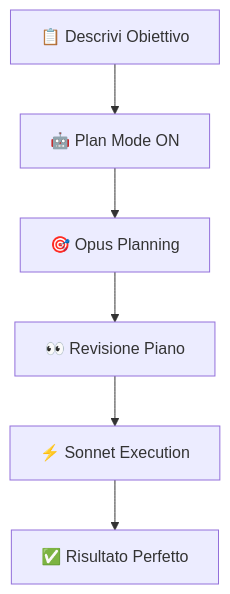
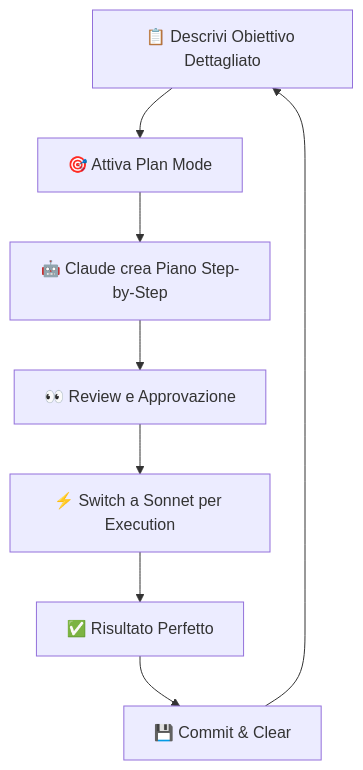
Before and after one commit to freshgr4m/claude-code-trucchi-nascosti: the first of 5 diagrams in README.md, drawn with Mermaid. The commit also changed other lines of this file, not shown here.

````diff
--- a/README.md
+++ b/README.md
@@ -155,8 +339,10 @@
 ```mermaid
 graph TD
-    A[📋 Descrivi Obiettivo] --> B[🤖 Plan Mode ON]
-    B --> C[🎯 Opus Planning]
-    C --> D[👀 Revisione Piano]
-    D --> E[⚡ Sonnet Execution]
+    A[📋 Descrivi Obiettivo Dettagliato] --> B[🎯 Attiva Plan Mode]
+    B --> C[🤖 Claude crea Piano Step-by-Step]  
+    C --> D[👀 Review e Approvazione]
+    D --> E[⚡ Switch a Sonnet per Execution]
     E --> F[✅ Risultato Perfetto]
+    F --> G[💾 Commit & Clear]
+    G --> A
 ```
````
